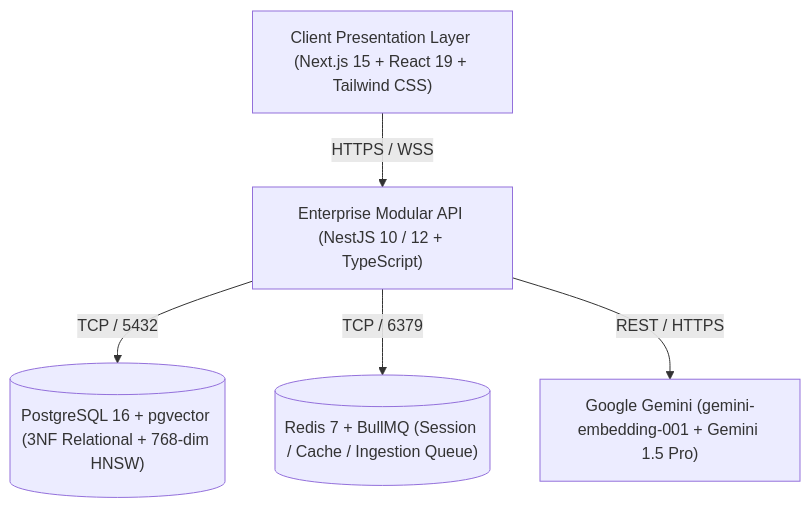
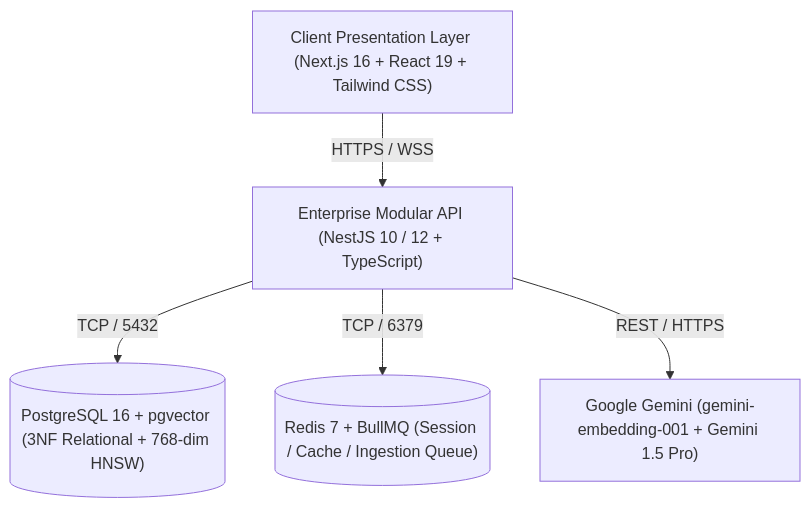
The diagram in docs/architecture/overview.md (kalviumcommunity/S92_Imthiyas_Capstone_Cambium), drawn with Mermaid before and after one commit. The commit also changed 76 other files, not shown here.

````diff
--- a/docs/architecture/overview.md
+++ b/docs/architecture/overview.md
@@ -15,13 +15,13 @@
 ```mermaid
 graph TD
-    Client["Client Presentation Layer (Next.js 15 + React 19 + Tailwind CSS)"]
+    Client["Client Presentation Layer (Next.js 16 + React 19 + Tailwind CSS)"]
     API["Enterprise Modular API (NestJS 10 / 12 + TypeScript)"]
     DB[("PostgreSQL 16 + pgvector (3NF Relational + 768-dim HNSW)")]
     Cache[("Redis 7 + BullMQ (Session / Cache / Ingestion Queue)")]
     AI["Google Gemini (gemini-embedding-001 + Gemini 1.5 Pro)"]
 
     Client -->|HTTPS / WSS| API
     API -->|TCP / 5432| DB
     API -->|TCP / 6379| Cache
     API -->|REST / HTTPS| AI
 ```
````
